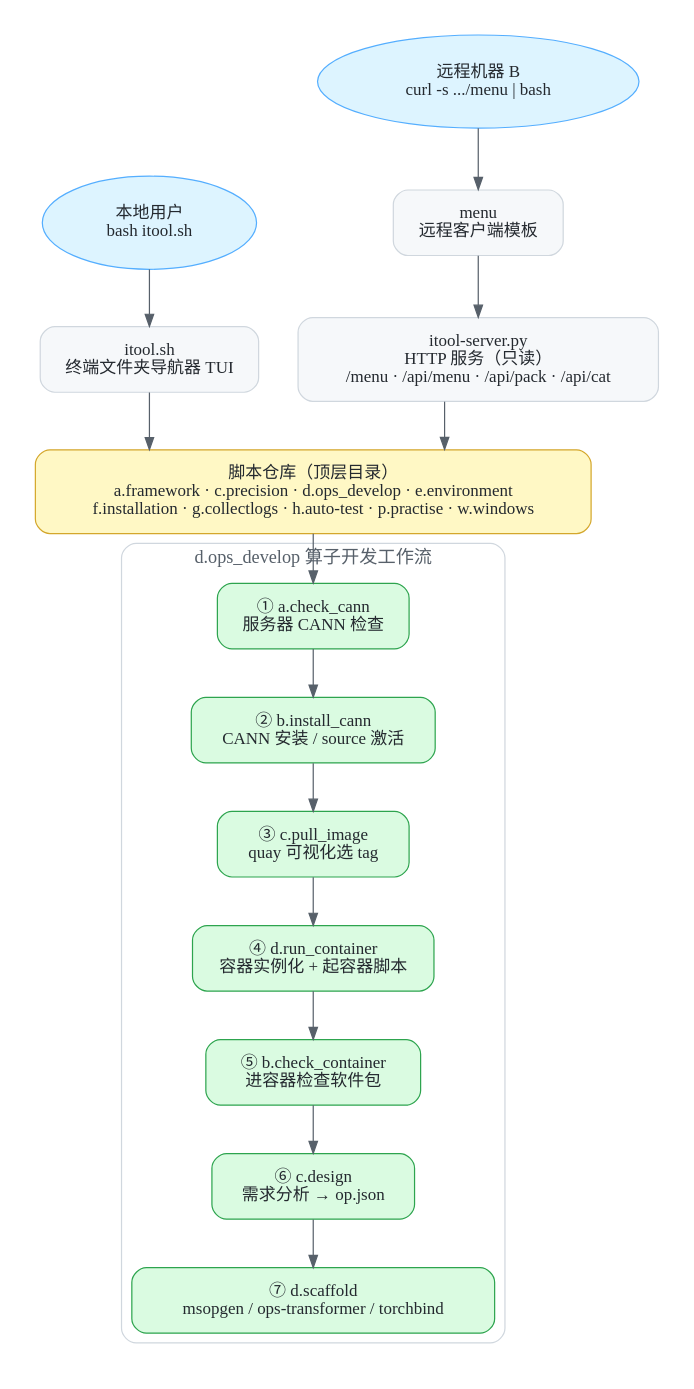
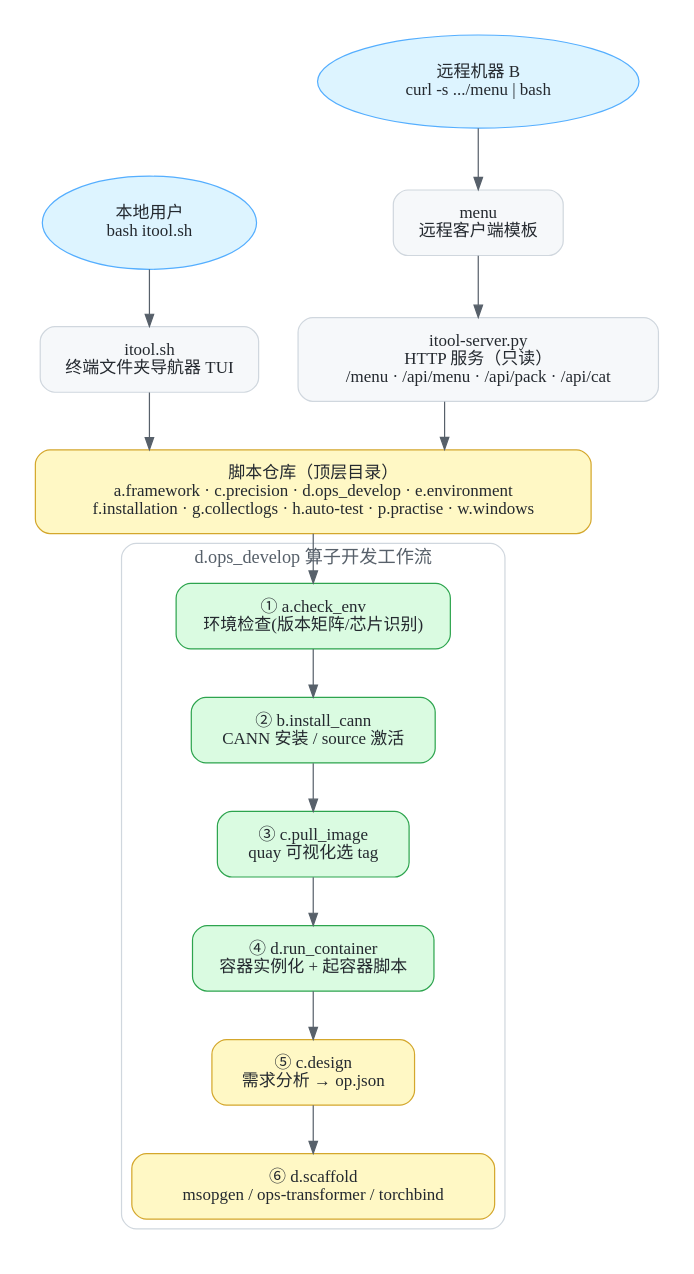
One commit to qqiushizi/itool changed the diagram in docs/itool-flow.dot. Above: the diagram before and after it, drawn with Graphviz. The commit also changed 8 other files, not shown here.

Commit message:
Merge ops env check into single script and update flow docs

```diff
--- a/docs/itool-flow.dot
+++ b/docs/itool-flow.dot
@@ -1,66 +1,65 @@
 // itool 项目流程图 (Graphviz DOT)
 // 算子开发 ①→⑦ 流程图, 用于生成 docs/itool-flow.png
 // 重新生成:  dot -Tpng -Gdpi=120 docs/itool-flow.dot -o docs/itool-flow.png
 digraph itool {
   graph [
     rankdir=TB
     splines=ortho
     bgcolor="#ffffff"
     fontname="PingFang SC"
     fontsize=16
     nodesep=0.45
     ranksep=0.55
     pad=0.3
   ];
   node [
     shape=box
     style="rounded,filled"
     fontname="PingFang SC"
     fontsize=14
     fontcolor="#24292f"
     color="#d0d7de"
     fillcolor="#f6f8fa"
     margin="0.28,0.16"
   ];
   edge [
     color="#57606a"
     fontname="PingFang SC"
     fontsize=12
   ];
 
   // ===== 两个入口 =====
   L [label="本地用户\nbash itool.sh", shape=ellipse, fillcolor="#ddf4ff", color="#54aeff"];
   T [label="itool.sh\n终端文件夹导航器 TUI"];
   R [label="远程机器 B\ncurl -s .../menu | bash", shape=ellipse, fillcolor="#ddf4ff", color="#54aeff"];
   C [label="menu\n远程客户端模板"];
   S [label="itool-server.py\nHTTP 服务（只读）\n/menu · /api/menu · /api/pack · /api/cat"];
 
   // ===== 仓库主体 =====
   REPO [label="脚本仓库（顶层目录）\na.framework · c.precision · d.ops_develop · e.environment\nf.installation · g.collectlogs · h.auto-test · p.practise · w.windows", fillcolor="#fff8c5", color="#d4a72c"];
 
   // ===== 算子开发工作流 =====
   subgraph cluster_ops {
     label="d.ops_develop 算子开发工作流";
     style="rounded,filled";
     color="#d0d7de";
     fillcolor="#ffffff";
     fontcolor="#57606a";
     fontsize=15;
 
-    S1 [label="① a.check_cann\n服务器 CANN 检查", fillcolor="#dafbe1", color="#2da44e"];
+    S1 [label="① a.check_env\n环境检查(版本矩阵/芯片识别)", fillcolor="#dafbe1", color="#2da44e"];
     S2 [label="② b.install_cann\nCANN 安装 / source 激活", fillcolor="#dafbe1", color="#2da44e"];
     S3 [label="③ c.pull_image\nquay 可视化选 tag", fillcolor="#dafbe1", color="#2da44e"];
     S4 [label="④ d.run_container\n容器实例化 + 起容器脚本", fillcolor="#dafbe1", color="#2da44e"];
-    S5 [label="⑤ b.check_container\n进容器检查软件包", fillcolor="#dafbe1", color="#2da44e"];
-    S6 [label="⑥ c.design\n需求分析 → op.json", fillcolor="#dafbe1", color="#2da44e"];
-    S7 [label="⑦ d.scaffold\nmsopgen / ops-transformer / torchbind", fillcolor="#dafbe1", color="#2da44e"];
+    S5 [label="⑤ c.design\n需求分析 → op.json", fillcolor="#fff8c5", color="#d4a72c"];
+    S6 [label="⑥ d.scaffold\nmsopgen / ops-transformer / torchbind", fillcolor="#fff8c5", color="#d4a72c"];
   }
 
   // ===== 连线 =====
   L -> T;
   R -> C -> S;
   T -> REPO;
   S -> REPO;
   REPO -> S1;
-  S1 -> S2 -> S3 -> S4 -> S5 -> S6 -> S7;
+  S1 -> S2 -> S3 -> S4 -> S5 -> S6;
 }
```
